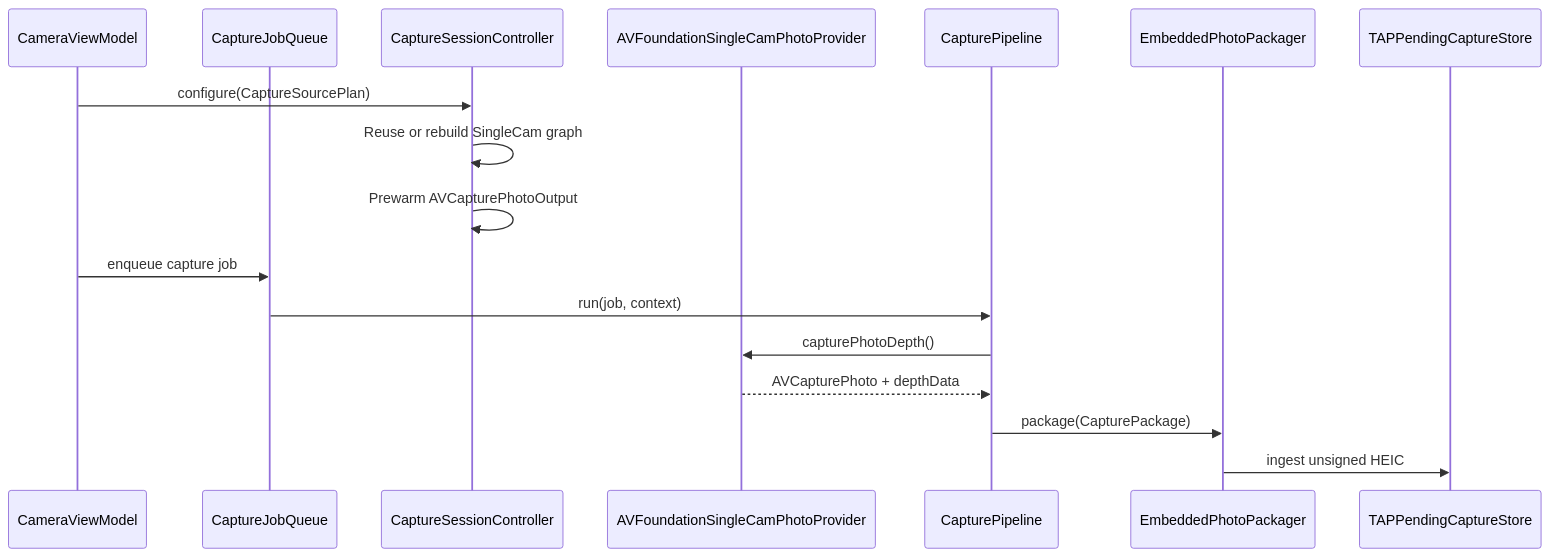
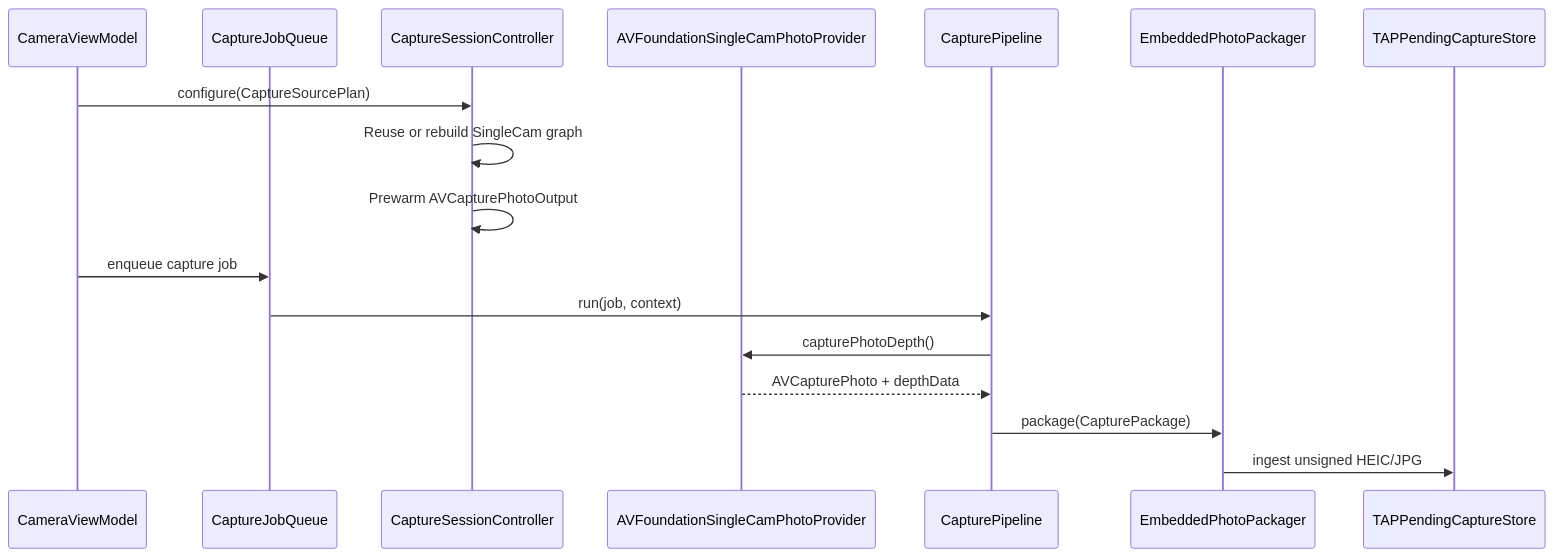
One commit to TAP-NAP/TAPCamDemo changed the diagram in TAPCamDemo/CameraCapture/Runtime/README.md. Above: the diagram before and after it, drawn with Mermaid. The commit also changed other lines of this file and 75 other files, not shown here.

Commit message:
Refine capture and diagnostics flow

````diff
--- a/TAPCamDemo/CameraCapture/Runtime/README.md
+++ b/TAPCamDemo/CameraCapture/Runtime/README.md
@@ -53,20 +53,20 @@
 ```mermaid
 sequenceDiagram
     participant VM as CameraViewModel
     participant Queue as CaptureJobQueue
     participant Session as CaptureSessionController
     participant Provider as AVFoundationSingleCamPhotoProvider
     participant Pipeline as CapturePipeline
     participant Output as EmbeddedPhotoPackager
     participant Store as TAPPendingCaptureStore
 
     VM->>Session: configure(CaptureSourcePlan)
     Session->>Session: Reuse or rebuild SingleCam graph
     Session->>Session: Prewarm AVCapturePhotoOutput
     VM->>Queue: enqueue capture job
     Queue->>Pipeline: run(job, context)
     Pipeline->>Provider: capturePhotoDepth()
     Provider-->>Pipeline: AVCapturePhoto + depthData
     Pipeline->>Output: package(CapturePackage)
-    Output->>Store: ingest unsigned HEIC
+    Output->>Store: ingest unsigned HEIC/JPG
 ```
````
